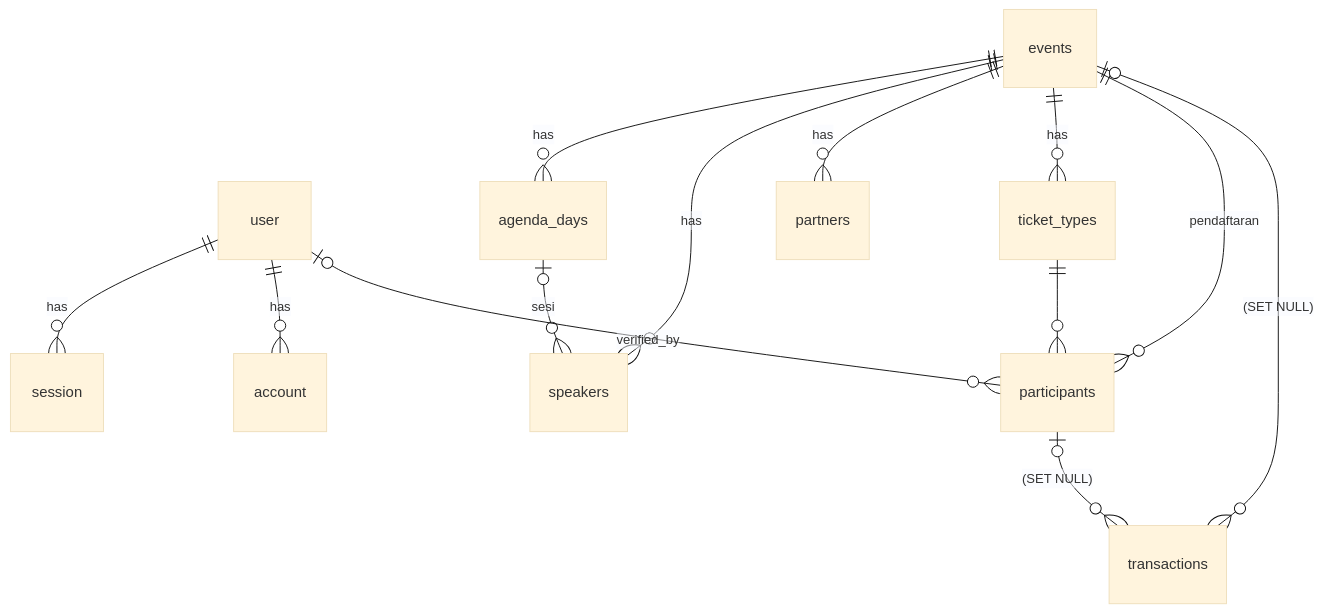
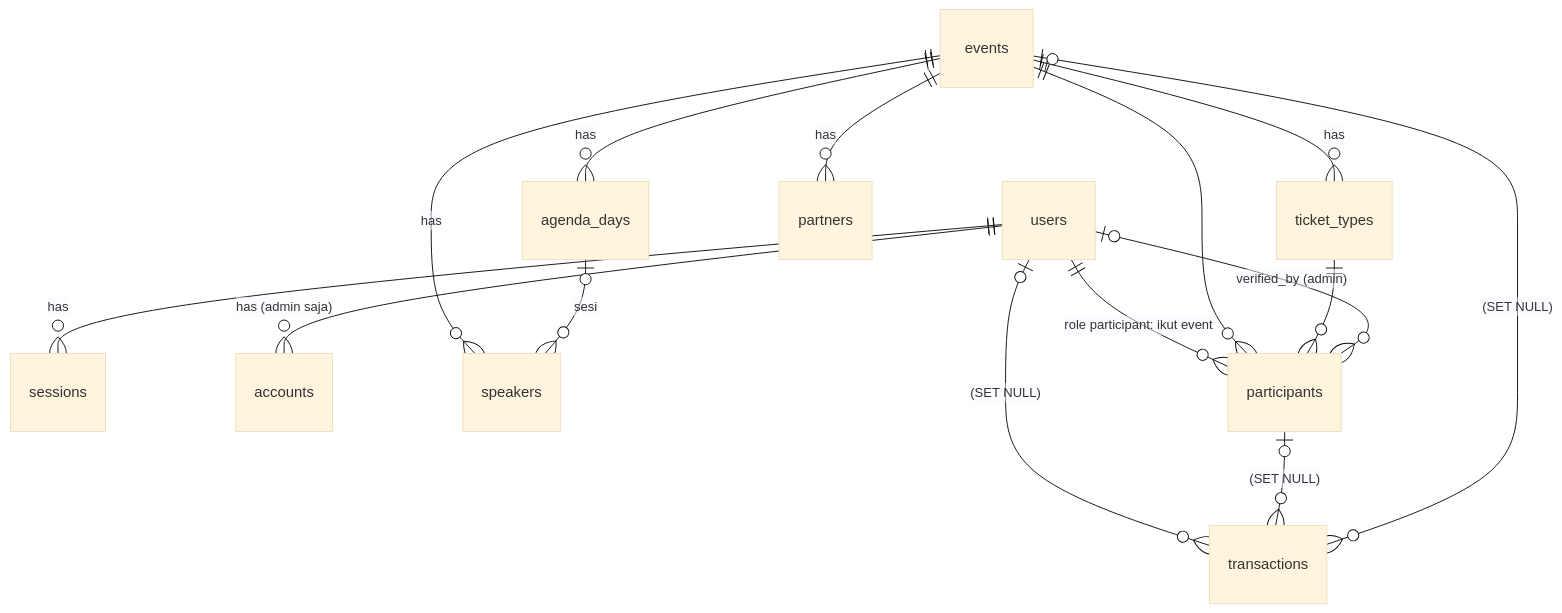
One commit to jumat-kliwon/apacforum changed the diagram in docs/01-database-plan.md. Above: the diagram before and after it, drawn with Mermaid (base theme). The commit also changed other lines of this file, not shown here.

First line of the commit message:
docs: merge admins and participants into users table with roles

````diff
--- a/docs/01-database-plan.md
+++ b/docs/01-database-plan.md
@@ -36,18 +36,20 @@
 ```mermaid
 erDiagram
-  user ||--o{ session : has
-  user ||--o{ account : has
+  users ||--o{ sessions : has
+  users ||--o{ accounts : "has (admin saja)"
 
   events ||--o{ agenda_days : has
   events ||--o{ speakers : has
   events ||--o{ partners : has
   events ||--o{ ticket_types : has
   agenda_days |o--o{ speakers : "sesi"
 
-  events ||--o{ participants : "pendaftaran"
+  users ||--o{ participants : "role participant: ikut event"
+  events ||--o{ participants : ""
   ticket_types ||--o{ participants : ""
-  user |o--o{ participants : "verified_by"
+  users |o--o{ participants : "verified_by (admin)"
 
+  users |o--o{ transactions : "(SET NULL)"
   participants |o--o{ transactions : "(SET NULL)"
   events |o--o{ transactions : "(SET NULL)"
 ```
````
